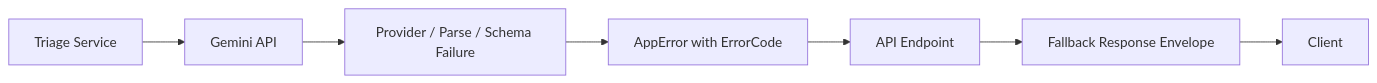
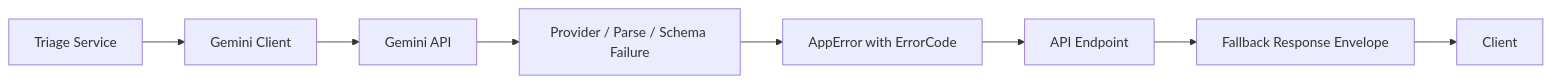
Before and after one commit to blue-monkey0/llm-support-triage-api: the second of 2 diagrams in README.md, drawn with Mermaid. The commit also changed other lines of this file and 4 other files, not shown here.

Commit message:
refactor(service): isolate Gemini provider client

````diff
--- a/README.md
+++ b/README.md
@@ -122,9 +140,10 @@
 ```mermaid
 flowchart LR
-    Service[Triage Service] --> Gemini[Gemini API]
+    Service[Triage Service] --> GeminiClient[Gemini Client]
+    GeminiClient --> Gemini[Gemini API]
     Gemini --> Failure[Provider / Parse / Schema Failure]
     Failure --> AppError[AppError with ErrorCode]
     AppError --> Endpoint[API Endpoint]
     Endpoint --> Envelope[Fallback Response Envelope]
     Envelope --> Client[Client]
 ```
````
